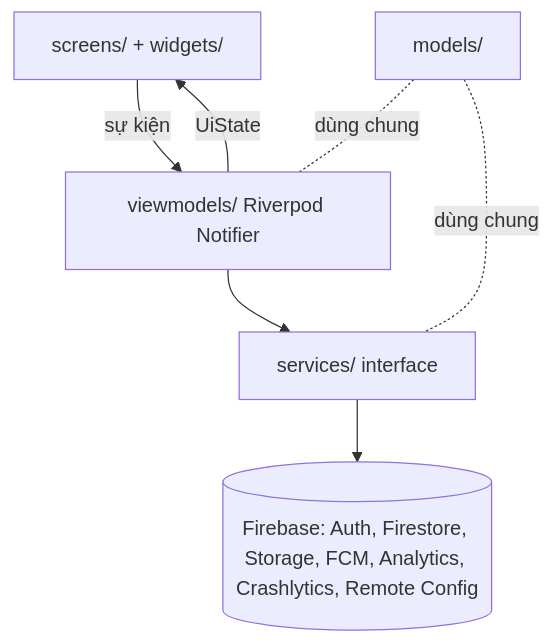
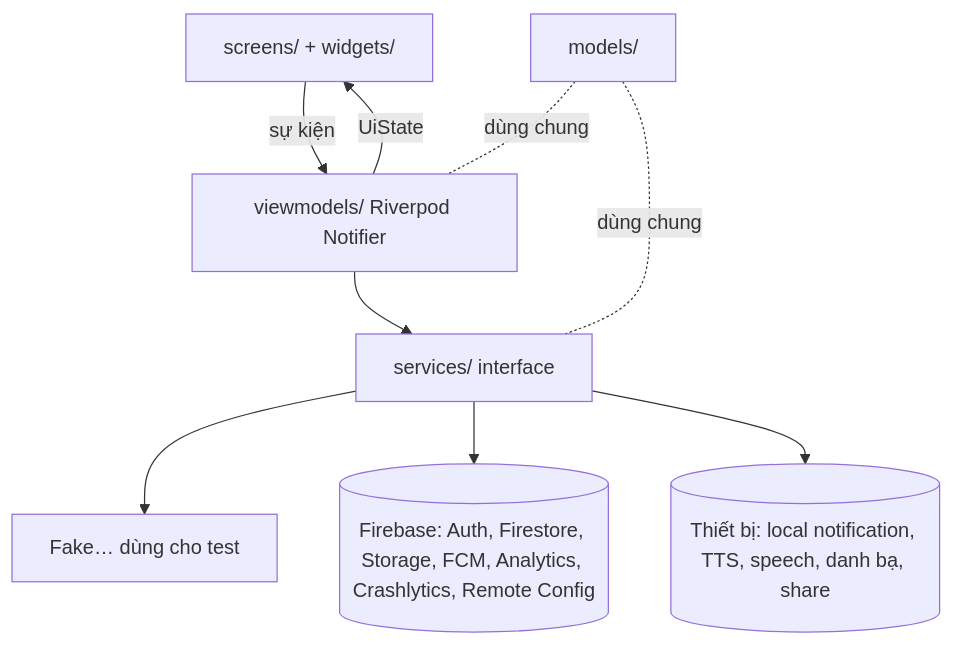
The first of 3 diagrams in PRM393_Lab03_AnNhien/docs/architecture.md (PhucSanh/PRM-LAB3), drawn with Mermaid before and after one commit. The commit also changed other lines of this file and 5 other files, not shown here.

````diff
--- a/PRM393_Lab03_AnNhien/docs/architecture.md
+++ b/PRM393_Lab03_AnNhien/docs/architecture.md
@@ -20,9 +32,11 @@
 ```mermaid
 flowchart TD
   V[screens/ + widgets/] -->|sự kiện| VM[viewmodels/ Riverpod Notifier]
   VM -->|UiState| V
   VM --> S[services/ interface]
+  S --> FK[Fake… dùng cho test]
   S --> FB[(Firebase: Auth, Firestore, Storage, FCM, Analytics, Crashlytics, Remote Config)]
+  S --> DEV[(Thiết bị: local notification, TTS, speech, danh bạ, share)]
   M[models/] -.dùng chung.- VM
   M -.dùng chung.- S
 ```
````
